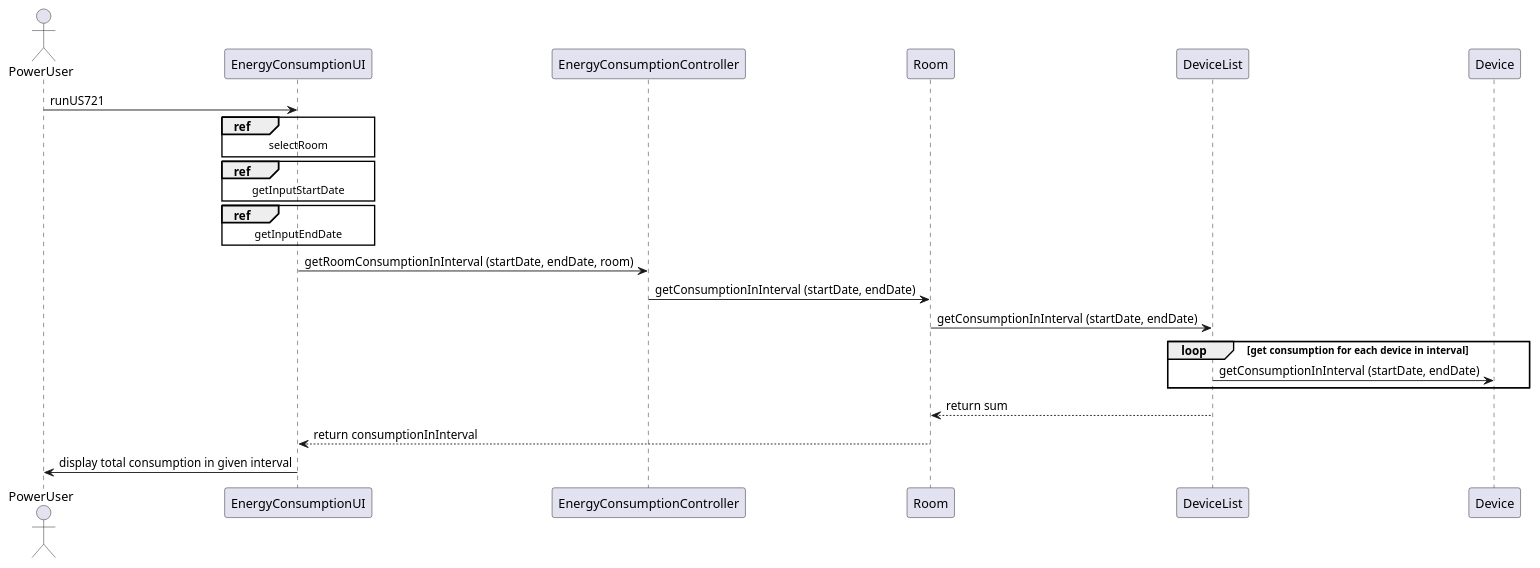
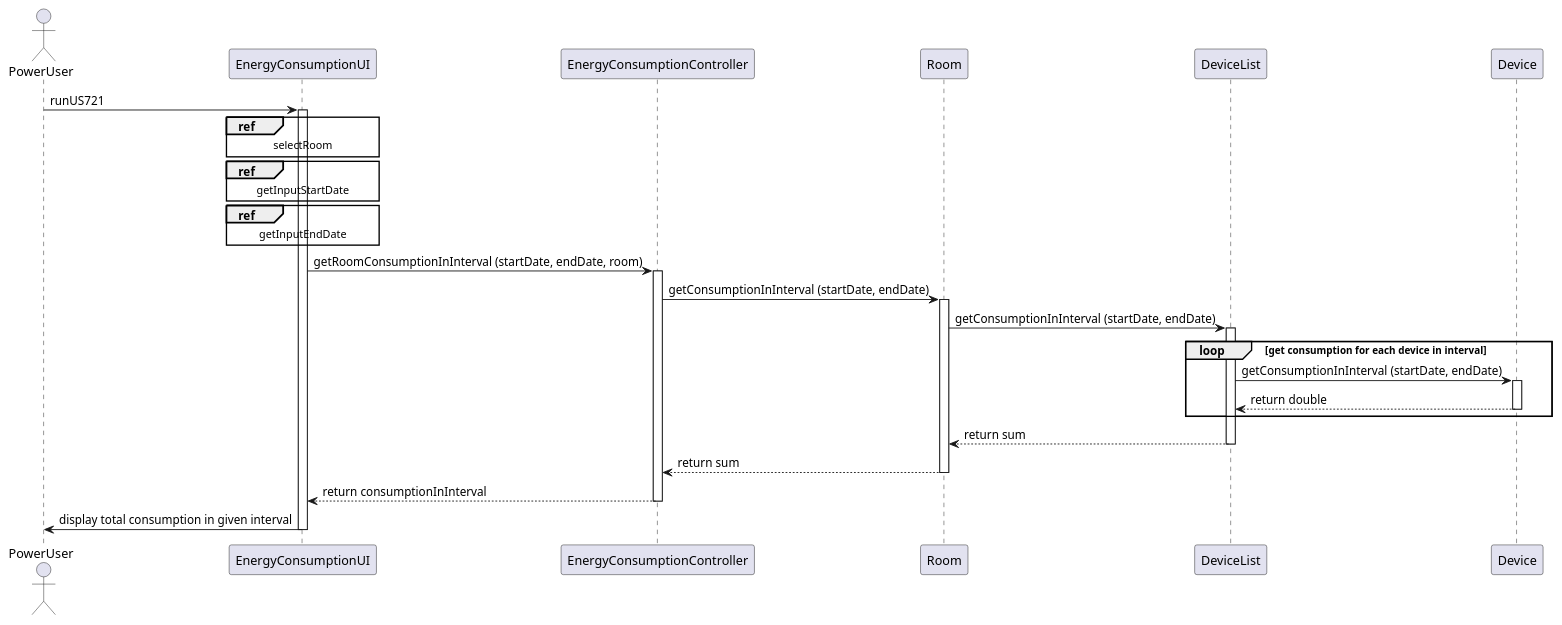
Before and after one commit to Almadanmp/project: the diagram in uml/US721/US721.puml, drawn with PlantUML. The commit also changed 1 other file, not shown here.

Commit message:
Refs #101. Fixes US721 and US722 UML sequence diagrams.

```diff
--- a/uml/US721/US721.puml
+++ b/uml/US721/US721.puml
@@ -1,23 +1,35 @@
 @startuml
 
 actor PowerUser
 PowerUser -> EnergyConsumptionUI: runUS721
 ref over EnergyConsumptionUI
 selectRoom
 end ref
+activate EnergyConsumptionUI
 ref over EnergyConsumptionUI
 getInputStartDate
 end ref
 ref over EnergyConsumptionUI
 getInputEndDate
 end ref
 EnergyConsumptionUI -> EnergyConsumptionController: getRoomConsumptionInInterval (startDate, endDate, room)
+activate EnergyConsumptionController
 EnergyConsumptionController -> Room: getConsumptionInInterval (startDate, endDate)
+activate Room
 Room -> DeviceList: getConsumptionInInterval (startDate, endDate)
+activate DeviceList
 loop get consumption for each device in interval
 DeviceList -> Device: getConsumptionInInterval (startDate, endDate)
+activate Device
+Device --> DeviceList: return double
+deactivate Device
 end
 DeviceList --> Room: return sum
-Room --> EnergyConsumptionUI: return consumptionInInterval
+deactivate DeviceList
+Room --> EnergyConsumptionController: return sum
+deactivate Room
+EnergyConsumptionController --> EnergyConsumptionUI: return consumptionInInterval
+deactivate EnergyConsumptionController
 EnergyConsumptionUI -> PowerUser: display total consumption in given interval
+deactivate EnergyConsumptionUI
 @enduml
```
